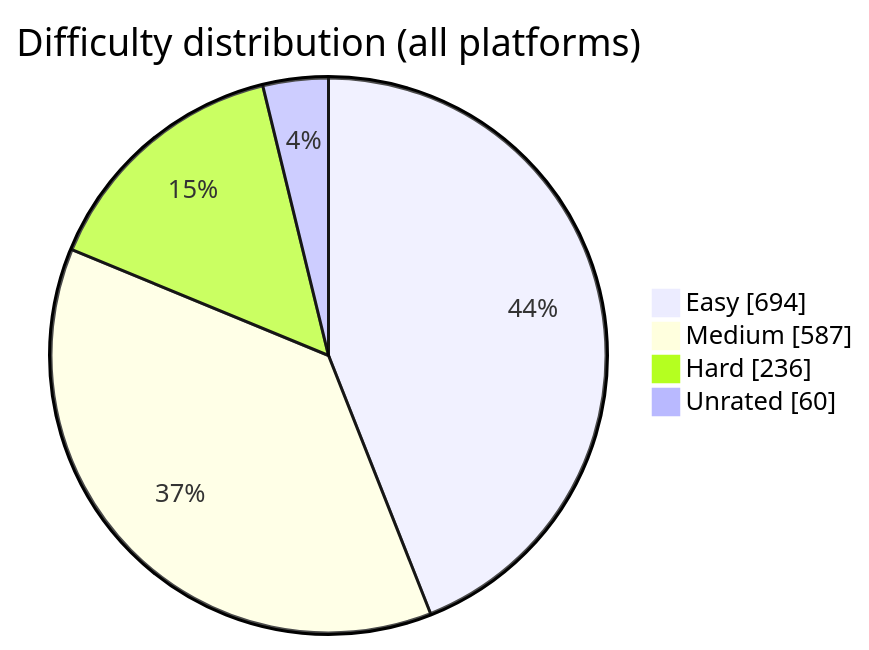
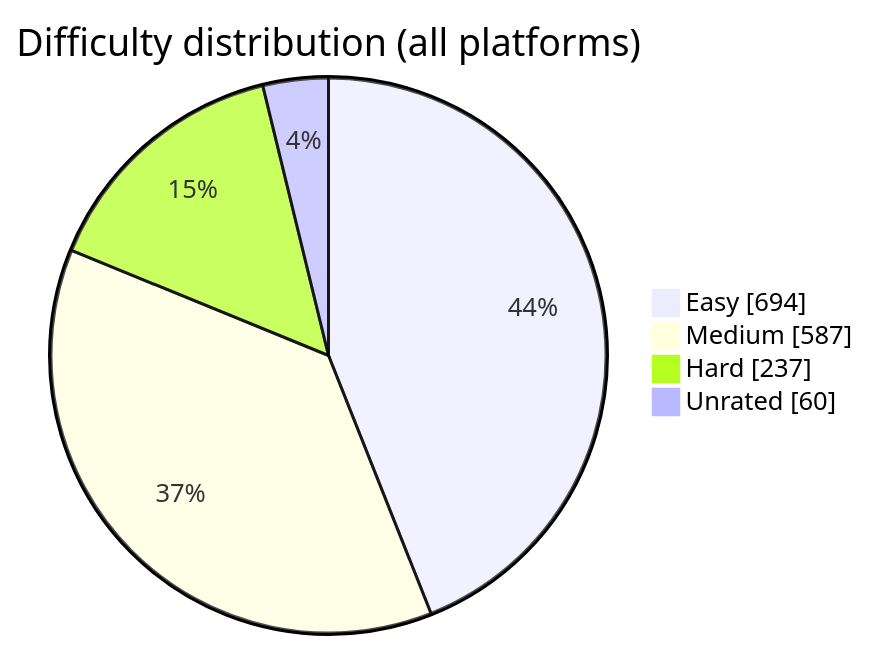
Before and after one commit to BuildbyArindam/Daily-Coding-Log: the diagram in README.md, drawn with Mermaid. The commit also changed other lines of this file, not shown here.

````diff
--- a/README.md
+++ b/README.md
@@ -93,7 +93,7 @@
 ```mermaid
 pie showData title Difficulty distribution (all platforms)
     "Easy" : 694
     "Medium" : 587
-    "Hard" : 236
+    "Hard" : 237
     "Unrated" : 60
 ```
````
